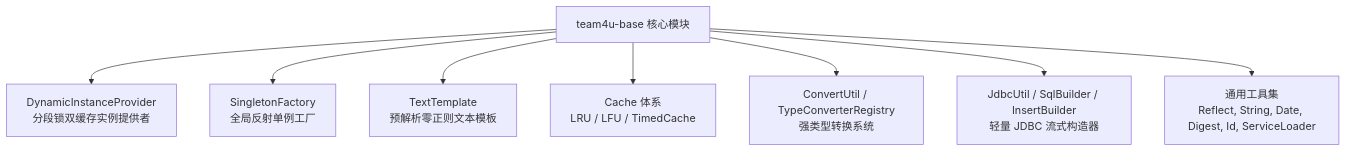
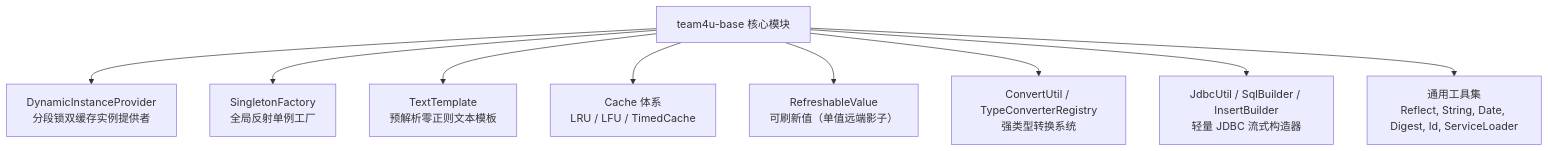
Before and after one commit to team4u/team4u-framework: the diagram in docs/base/README.md, drawn with Mermaid. The commit also changed other lines of this file and 7 other files, not shown here.

Commit message:
feat(base): 新增可刷新值 RefreshableValue——单值远端影子的并发安全内核

````diff
--- a/docs/base/README.md
+++ b/docs/base/README.md
@@ -15,10 +15,11 @@
 ```mermaid
 graph TD
     Base["team4u-base 核心模块"] --> DIP["DynamicInstanceProvider<br/>分段锁双缓存实例提供者"]
     Base --> SF["SingletonFactory<br/>全局反射单例工厂"]
     Base --> TT["TextTemplate<br/>预解析零正则文本模板"]
     Base --> Cache["Cache 体系<br/>LRU / LFU / TimedCache"]
+    Base --> RV["RefreshableValue<br/>可刷新值（单值远端影子）"]
     Base --> CU["ConvertUtil / TypeConverterRegistry<br/>强类型转换系统"]
     Base --> JDBC["JdbcUtil / SqlBuilder / InsertBuilder<br/>轻量 JDBC 流式构造器"]
     Base --> Util["通用工具集<br/>Reflect, String, Date, Digest, Id, ServiceLoader"]
 ```
````
